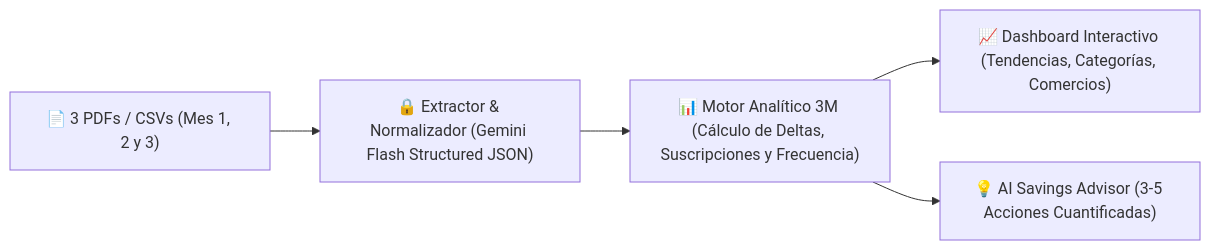
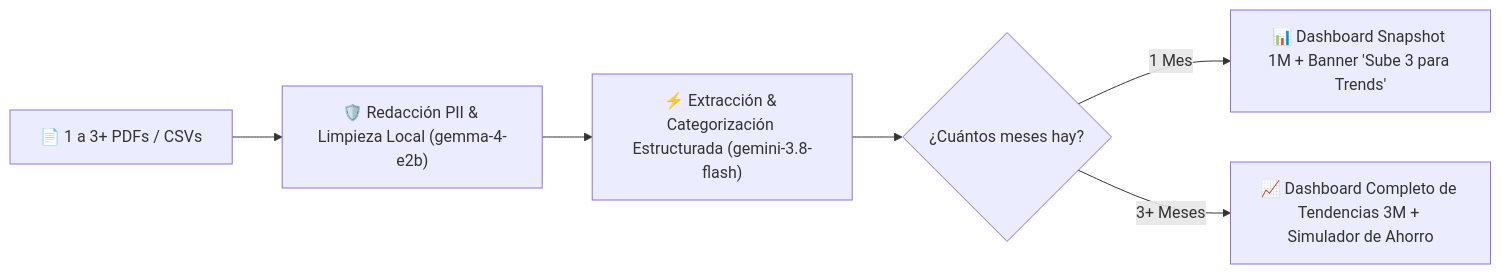
The diagram in SPEC.md (ykro/card-statement-insights), drawn with Mermaid before and after one commit. The commit also changed other lines of this file and 1 other file, not shown here.

Commit message:
Update SPEC & README: works with 1 statement, recommends 3+ for trends, gemini-3.8-flash + gemma-4-e2b

````diff
--- a/SPEC.md
+++ b/SPEC.md
@@ -30,7 +21,8 @@
 ```mermaid
 flowchart LR
-    A["📄 3 PDFs / CSVs (Mes 1, 2 y 3)"] --> B["🔒 Extractor & Normalizador (Gemini Flash Structured JSON)"]
-    B --> C["📊 Motor Analítico 3M (Cálculo de Deltas, Suscripciones y Frecuencia)"]
-    C --> D["📈 Dashboard Interactivo (Tendencias, Categorías, Comercios)"]
-    C --> E["💡 AI Savings Advisor (3-5 Acciones Cuantificadas)"]
+    A["📄 1 a 3+ PDFs / CSVs"] --> B["🛡️ Redacción PII & Limpieza Local (gemma-4-e2b)"]
+    B --> C["⚡ Extracción & Categorización Estructurada (gemini-3.8-flash)"]
+    C --> D{"¿Cuántos meses hay?"}
+    D -->|1 Mes| E["📊 Dashboard Snapshot 1M + Banner 'Sube 3 para Trends'"]
+    D -->|3+ Meses| F["📈 Dashboard Completo de Tendencias 3M + Simulador de Ahorro"]
 ```
````
